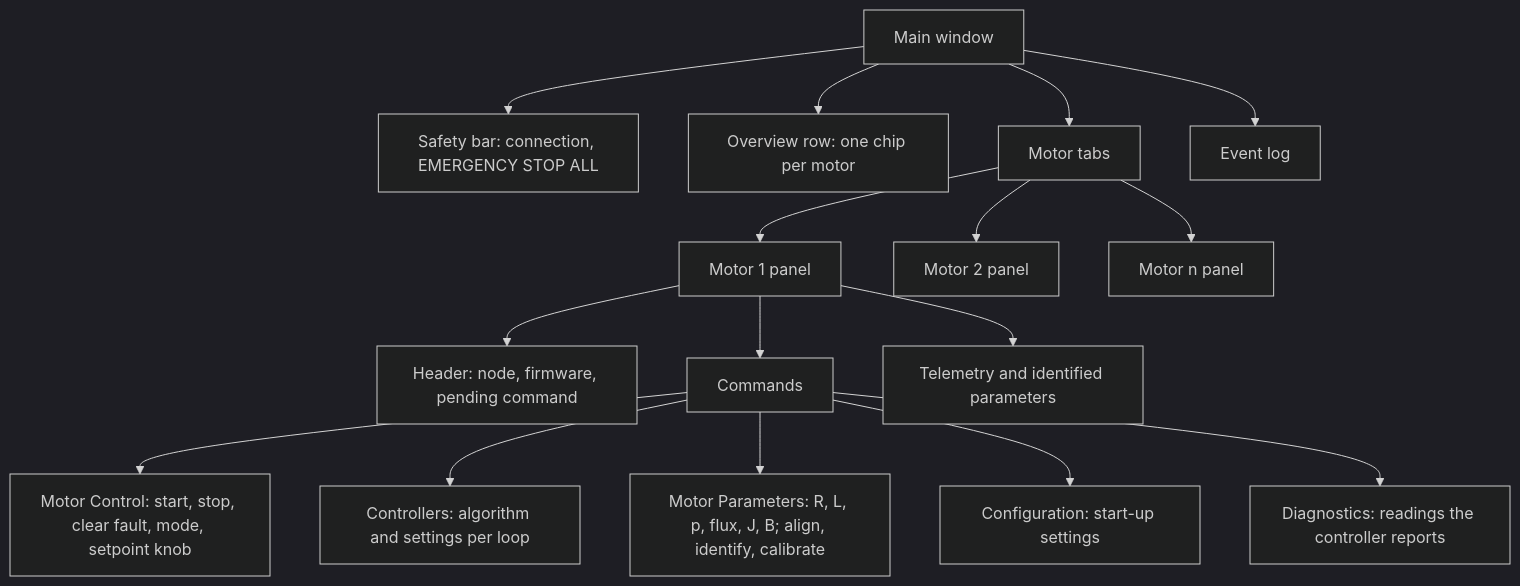
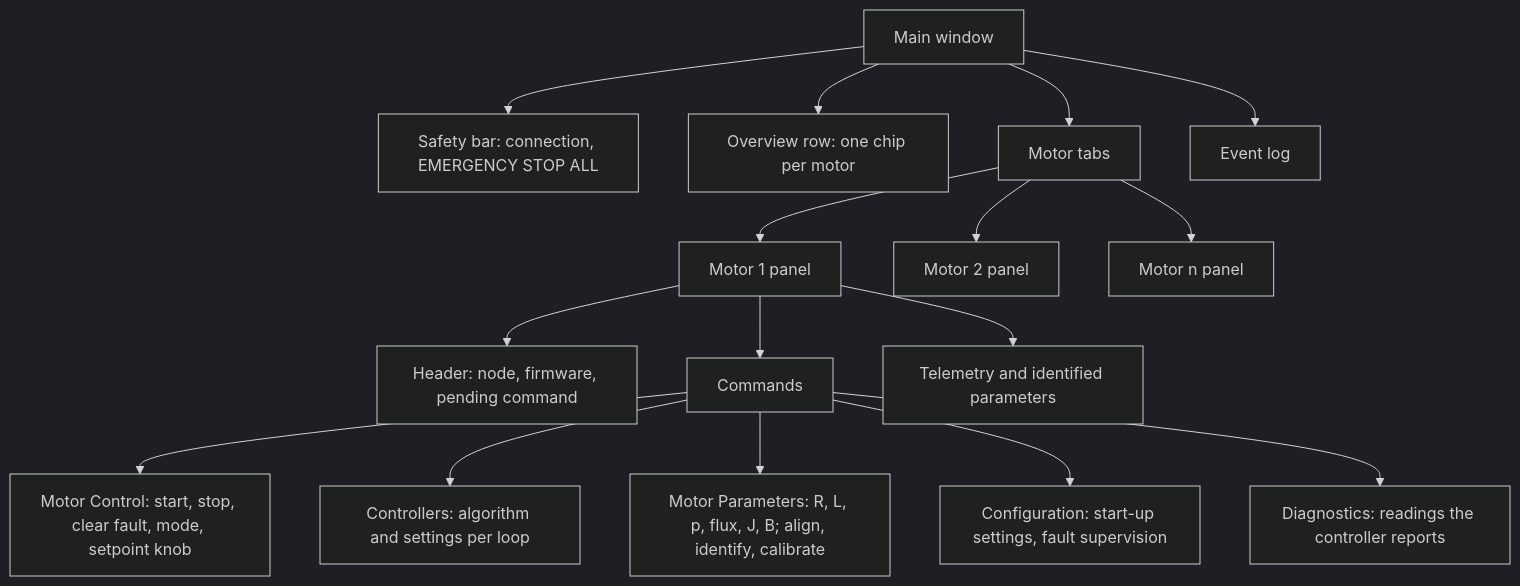
Before and after one commit to embedded-pro/e-foc: the first of 8 diagrams in documentation/design/tool-can-commander.md, drawn with Mermaid (dark theme). The commit also changed other lines of this file and 60 other files, not shown here.

````diff
--- a/documentation/design/tool-can-commander.md
+++ b/documentation/design/tool-can-commander.md
@@ -71,18 +71,18 @@
 ```mermaid
 graph TD
     Window["Main window"] --> Safety["Safety bar: connection, EMERGENCY STOP ALL"]
     Window --> Overview["Overview row: one chip per motor"]
     Window --> Tabs["Motor tabs"]
     Window --> Log["Event log"]
     Tabs --> M1["Motor 1 panel"]
     Tabs --> M2["Motor 2 panel"]
     Tabs --> Mn["Motor n panel"]
     M1 --> Header["Header: node, firmware, pending command"]
     M1 --> Commands["Commands"]
     M1 --> Telemetry["Telemetry and identified parameters"]
     Commands --> Control["Motor Control: start, stop, clear fault, mode, setpoint knob"]
     Commands --> Controllers["Controllers: algorithm and settings per loop"]
     Commands --> Parameters["Motor Parameters: R, L, p, flux, J, B; align, identify, calibrate"]
-    Commands --> Configuration["Configuration: start-up settings"]
+    Commands --> Configuration["Configuration: start-up settings, fault supervision"]
     Commands --> Diagnostics["Diagnostics: readings the controller reports"]
 ```
````
